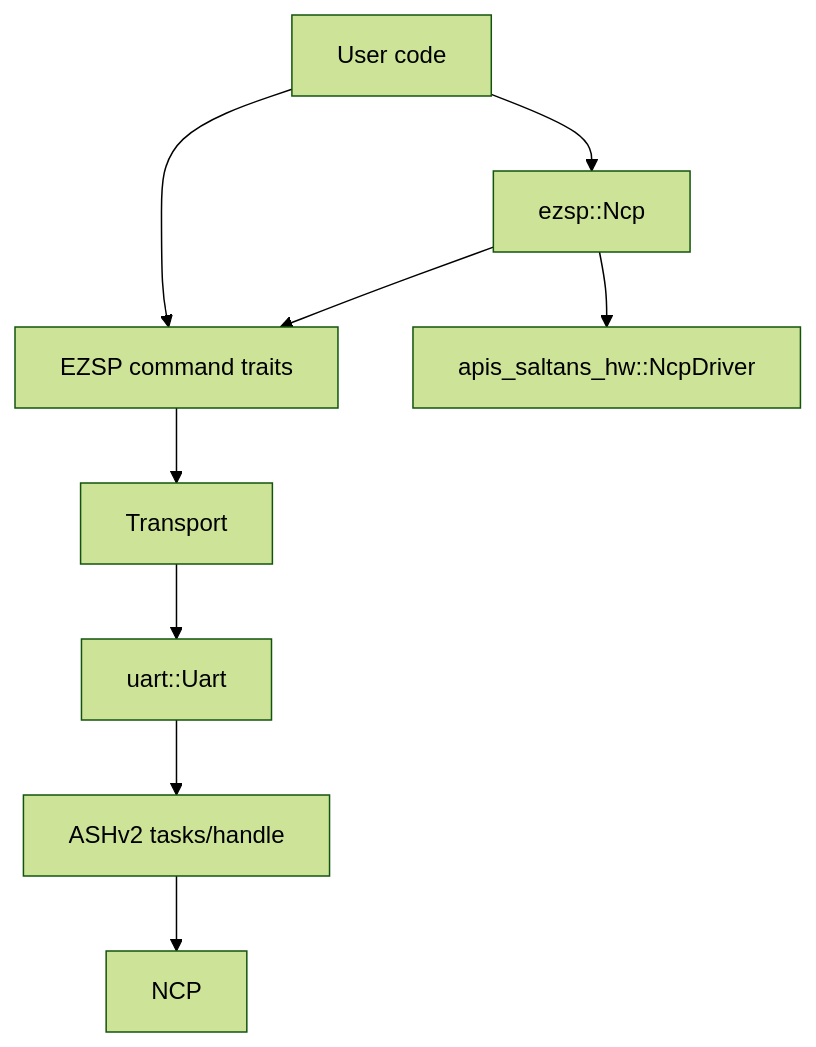
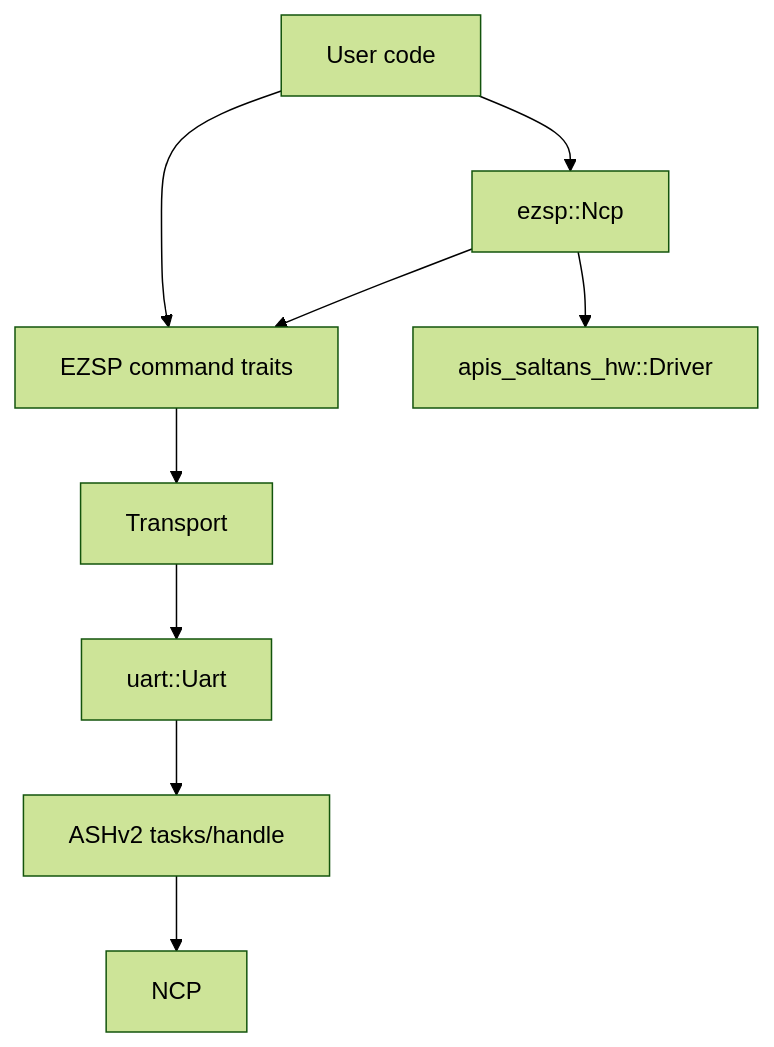
One commit to PaulmannLighting/ezsp changed the diagram in ARCHITECTURE.md. Above: the diagram before and after it, drawn with Mermaid (forest theme). The commit also changed other lines of this file and 3 other files, not shown here.

````diff
--- a/ARCHITECTURE.md
+++ b/ARCHITECTURE.md
@@ -24,12 +25,12 @@
 ```mermaid
 flowchart TD
     A[User code] --> B[EZSP command traits]
     B --> C[Transport]
     C --> D[uart::Uart]
     D --> E[ASHv2 tasks/handle]
     E --> F[NCP]
 
     A --> G[ezsp::Ncp]
     G --> B
-    G --> H[apis_saltans_hw::NcpDriver]
+    G --> H[apis_saltans_hw::Driver]
 ```
````
